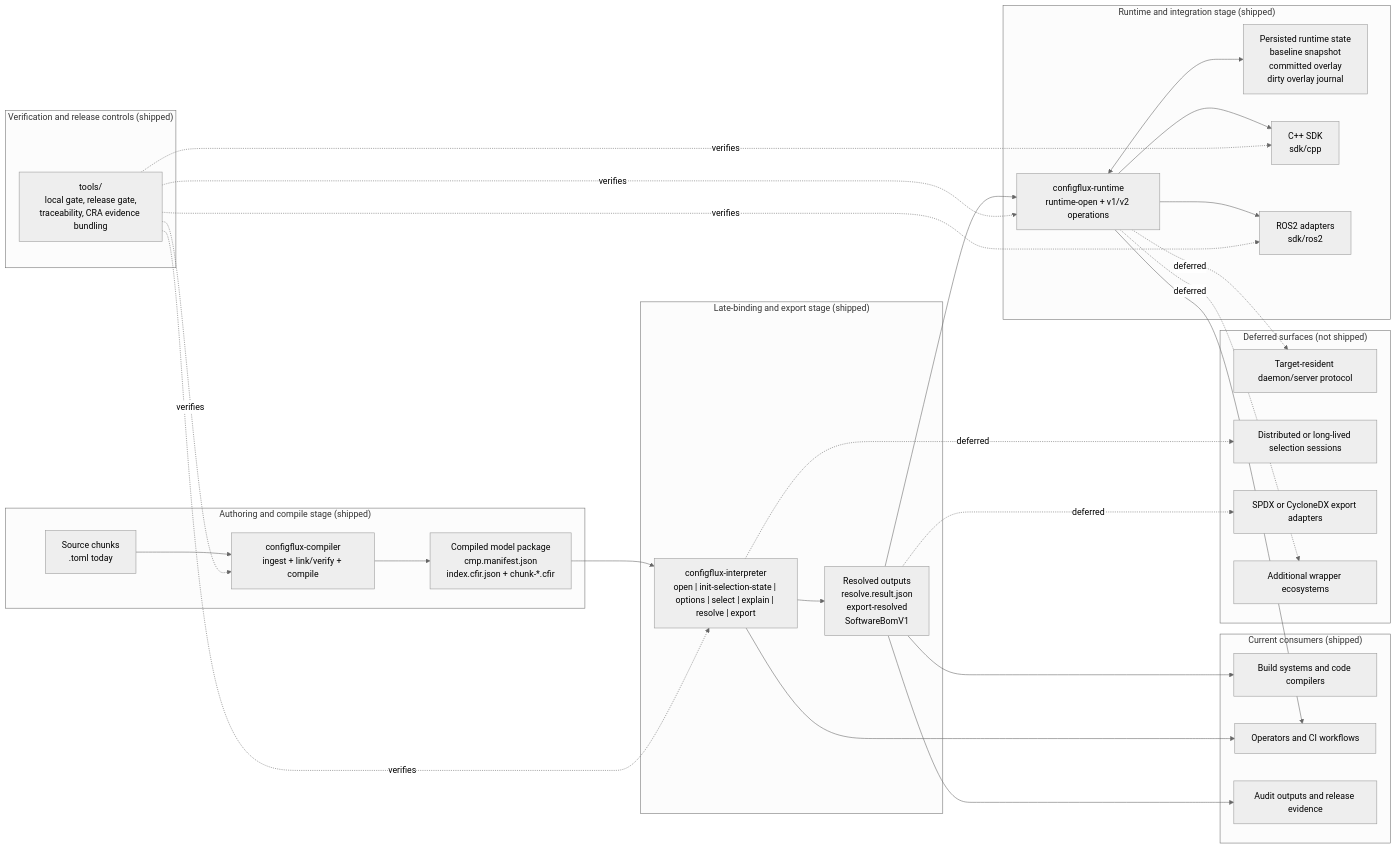
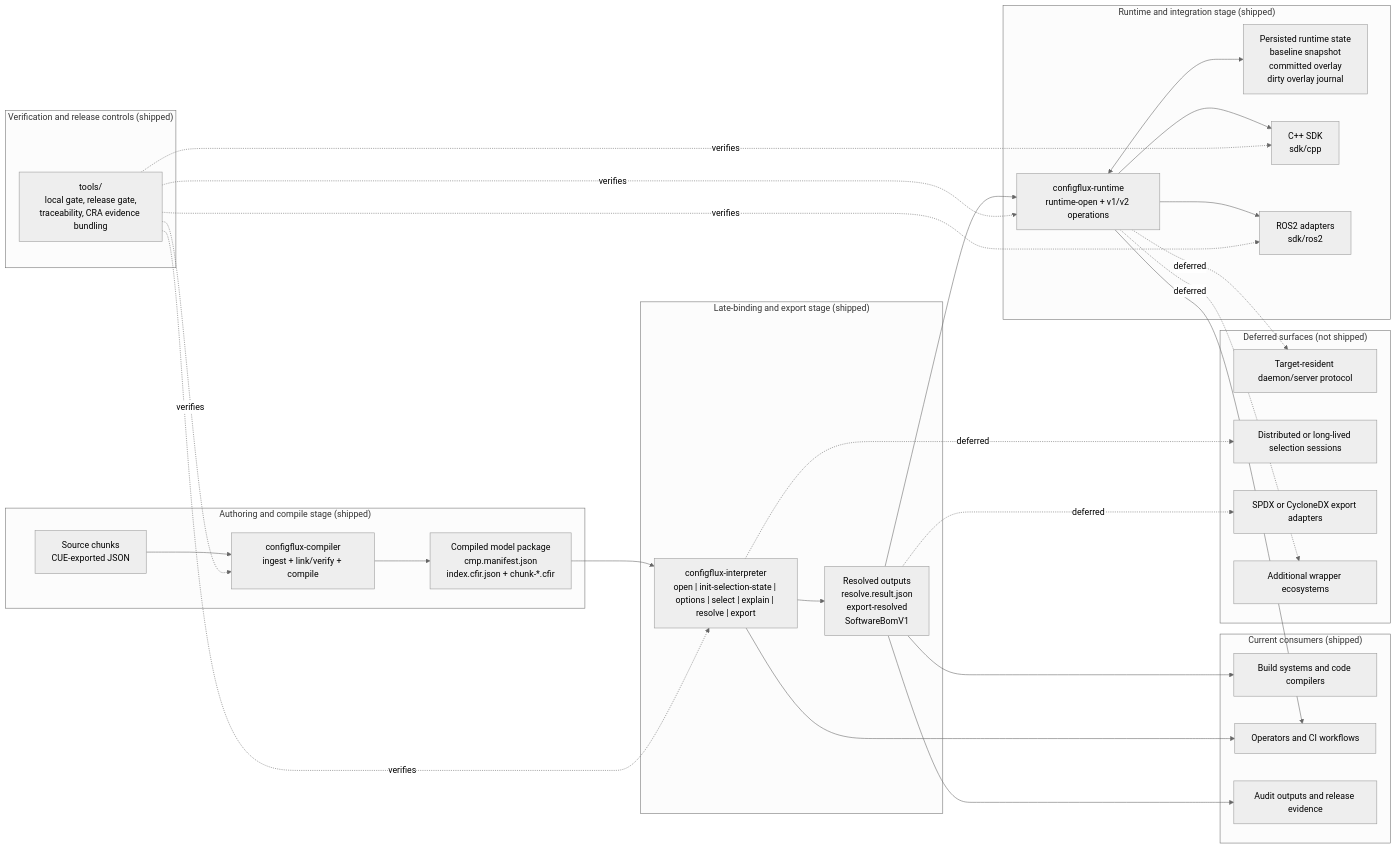
Before and after one commit to configflux/configflux: the first of 2 diagrams in docs/design.md, drawn with Mermaid (neutral theme). The commit also changed other lines of this file and 108 other files, not shown here.

````diff
--- a/docs/design.md
+++ b/docs/design.md
@@ -59,53 +59,53 @@
 ```mermaid
 flowchart LR
     subgraph authoring["Authoring and compile stage (shipped)"]
-        chunks["Source chunks<br/>.toml today"] --> compiler["configflux-compiler<br/>ingest + link/verify + compile"] --> cmp["Compiled model package<br/>cmp.manifest.json<br/>index.cfir.json + chunk-*.cfir"]
+        chunks["Source chunks<br/>CUE-exported JSON"] --> compiler["configflux-compiler<br/>ingest + link/verify + compile"] --> cmp["Compiled model package<br/>cmp.manifest.json<br/>index.cfir.json + chunk-*.cfir"]
     end
 
     subgraph late_binding["Late-binding and export stage (shipped)"]
         interpreter["configflux-interpreter<br/>open | init-selection-state | options | select | explain | resolve | export"] --> resolved["Resolved outputs<br/>resolve.result.json<br/>export-resolved<br/>SoftwareBomV1"]
     end
 
     cmp --> interpreter
 
     subgraph runtime_stack["Runtime and integration stage (shipped)"]
         runtime_cli["configflux-runtime<br/>runtime-open + v1/v2 operations"] <--> runtime_state["Persisted runtime state<br/>baseline snapshot<br/>committed overlay<br/>dirty overlay journal"]
         runtime_cli --> sdk_cpp["C++ SDK<br/>sdk/cpp"]
         runtime_cli --> sdk_ros2["ROS2 adapters<br/>sdk/ros2"]
     end
 
     resolved --> runtime_cli
 
     subgraph consumers["Current consumers (shipped)"]
         build["Build systems and code compilers"]
         operators["Operators and CI workflows"]
         audit["Audit outputs and release evidence"]
     end
 
     resolved --> build
     interpreter --> operators
     runtime_cli --> operators
     resolved --> audit
 
     subgraph assurance["Verification and release controls (shipped)"]
         gates["tools/<br/>local gate, release gate,<br/>traceability, CRA evidence bundling"]
     end
 
     gates -. verifies .-> compiler
     gates -. verifies .-> interpreter
     gates -. verifies .-> runtime_cli
     gates -. verifies .-> sdk_cpp
     gates -. verifies .-> sdk_ros2
 
     subgraph deferred["Deferred surfaces (not shipped)"]
         daemon["Target-resident daemon/server protocol"]
         distributed["Distributed or long-lived selection sessions"]
         bom["SPDX or CycloneDX export adapters"]
         wrappers["Additional wrapper ecosystems"]
     end
 
     runtime_cli -. deferred .-> daemon
     interpreter -. deferred .-> distributed
     resolved -. deferred .-> bom
     runtime_cli -. deferred .-> wrappers
 ```
````
